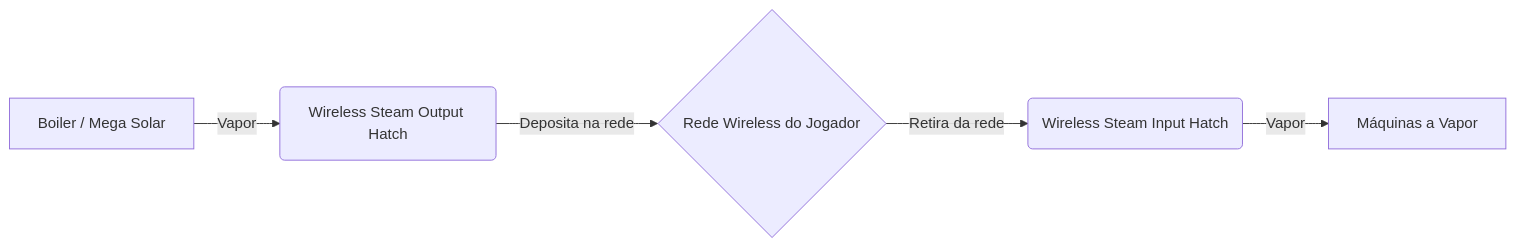
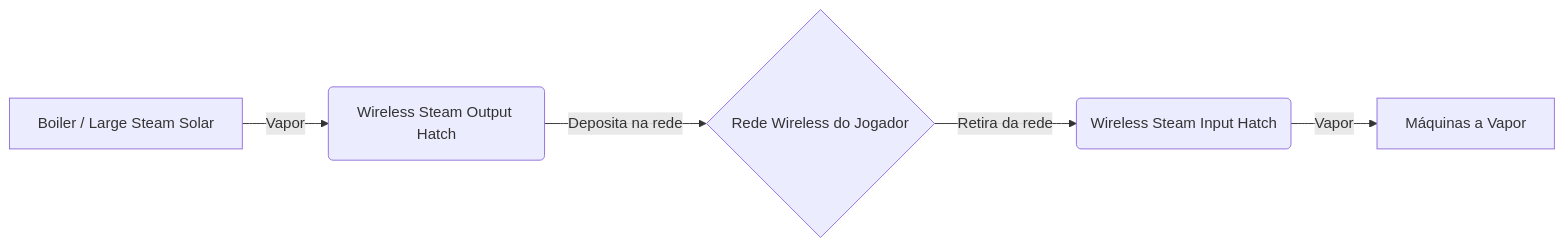
Before and after one commit to Zx123456899/GregTech-Nexus-Addon: the diagram in docs/gameplay/systems/wireless-steam-network.md, drawn with Mermaid. The commit also changed other lines of this file and 1216 other files, not shown here.

````diff
--- a/docs/gameplay/systems/wireless-steam-network.md
+++ b/docs/gameplay/systems/wireless-steam-network.md
@@ -32,7 +32,7 @@
 ```mermaid
 graph LR
-    A[Boiler / Mega Solar] -->|Vapor| B(Wireless Steam Output Hatch)
+    A[Boiler / Large Steam Solar] -->|Vapor| B(Wireless Steam Output Hatch)
     B -->|Deposita na rede| C{Rede Wireless do Jogador}
     C -->|Retira da rede| D(Wireless Steam Input Hatch)
     D -->|Vapor| E[Máquinas a Vapor]
 ```
````
